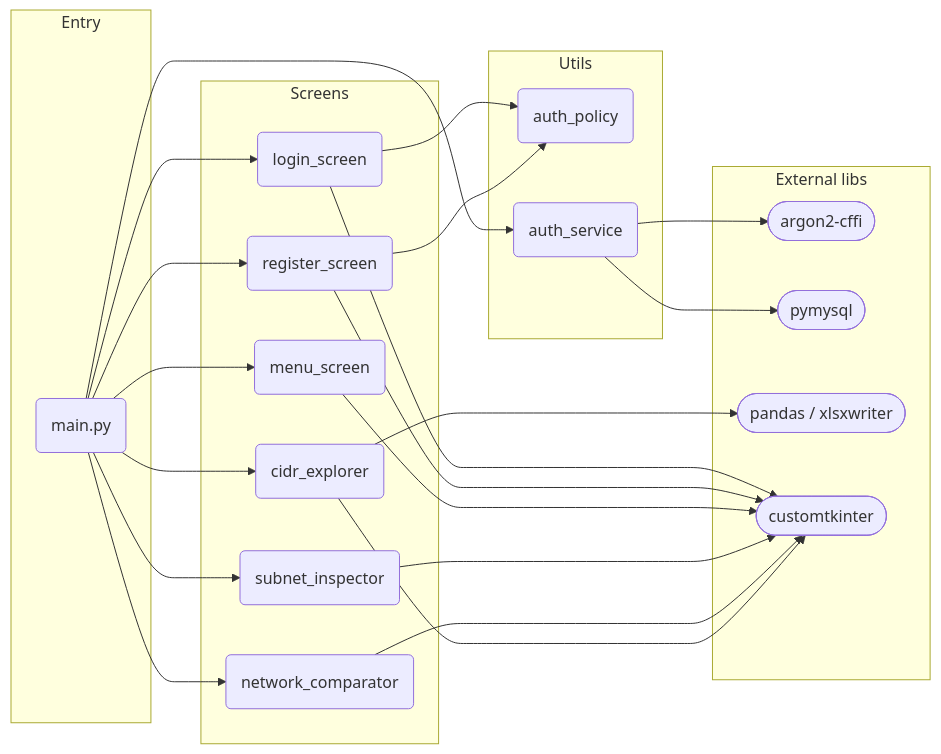
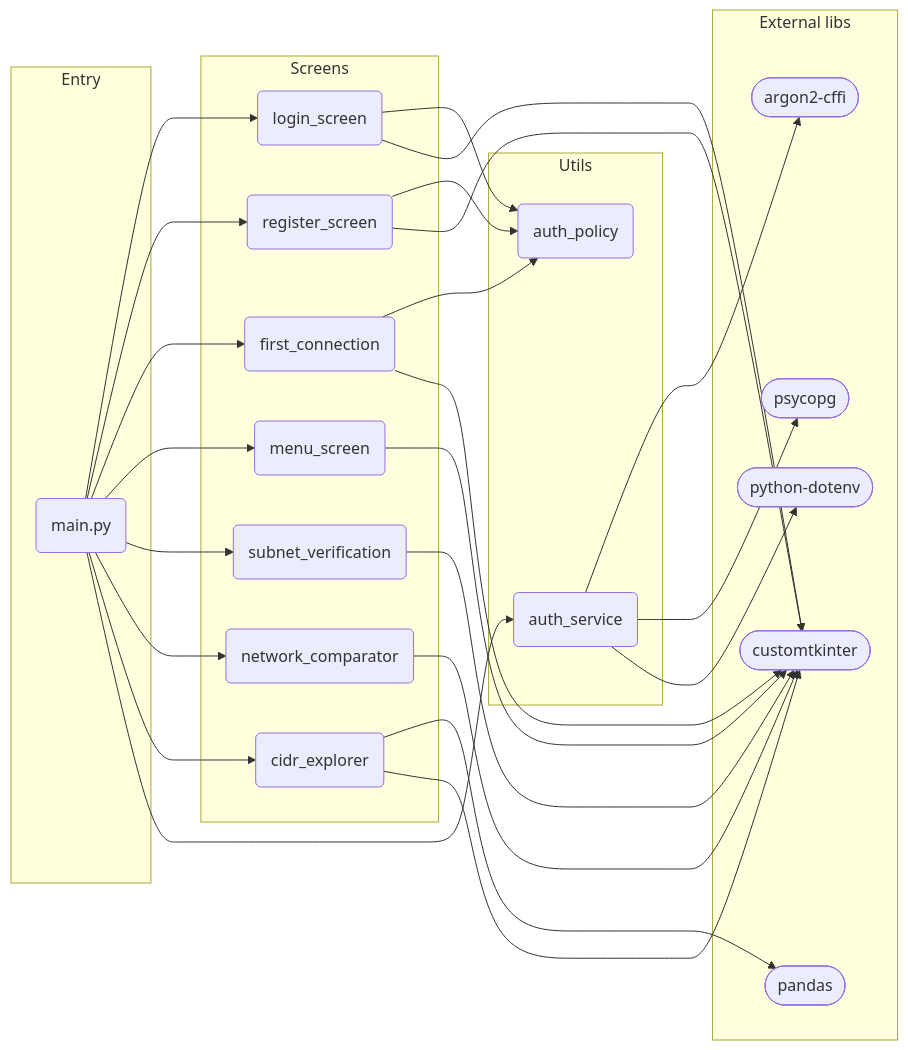
Before and after one commit to xen0r-star/IpCrypt: the second of 2 diagrams in README.md, drawn with Mermaid. The commit also changed other lines of this file and 2 other files, not shown here.

````diff
--- a/README.md
+++ b/README.md
@@ -133,35 +131,38 @@
 ```mermaid
 graph LR
     subgraph entry["Entry"]
         MAIN(main.py)
     end
 
     subgraph screens["Screens"]
         CX(login_screen)
         IN(register_screen)
+        FC(first_connection)
         MN(menu_screen)
-        IV(subnet_inspector)
+        IV(subnet_verification)
         IA(network_comparator)
         CT(cidr_explorer)
     end
 
     subgraph utils["Utils"]
         PP(auth_policy)
         PV(auth_service)
     end
 
     subgraph ext["External libs"]
         AR([argon2-cffi])
-        MY([pymysql])
-        PD([pandas / xlsxwriter])
+        PG([psycopg])
+        PD([pandas])
         CTK([customtkinter])
+        DOT([python-dotenv])
     end
 
-    MAIN --> CX & IN & MN & IV & IA & CT
+    MAIN --> CX & IN & FC & MN & IV & IA & CT
     MAIN --> PV
     CX --> PP
     IN --> PP
-    PV --> AR & MY
+    FC --> PP
+    PV --> AR & PG & DOT
     CT --> PD
-    CX & IN & MN & IV & IA & CT --> CTK
+    CX & IN & FC & MN & IV & IA & CT --> CTK
 ```
````
